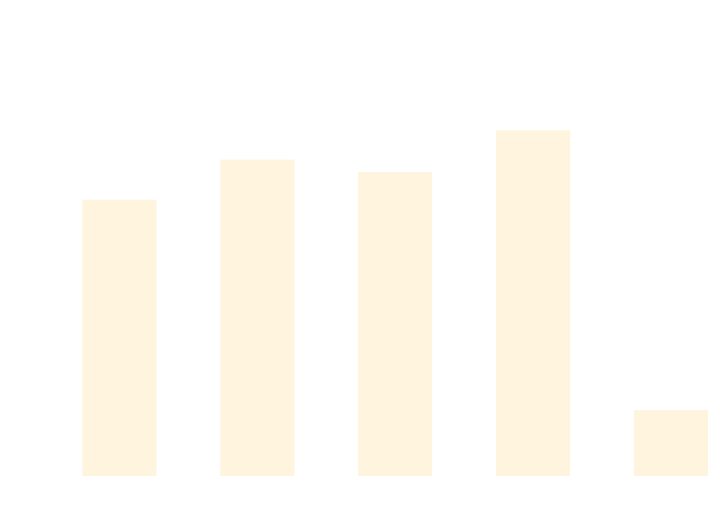
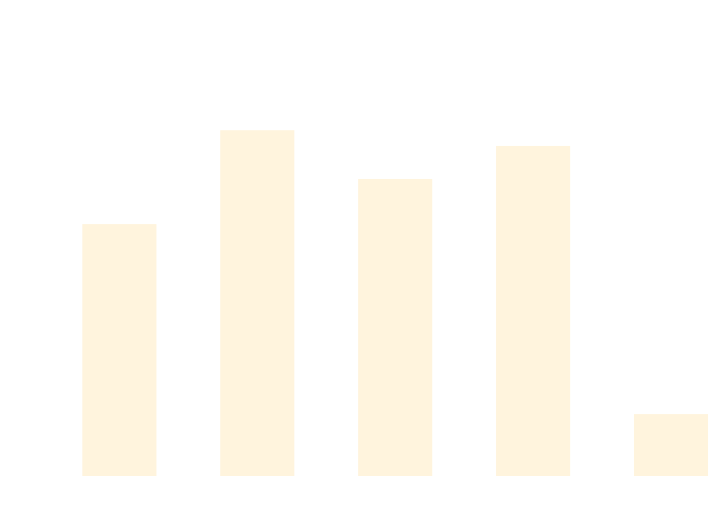
One commit to thomhurst/TUnit changed the diagram in docs/docs/benchmarks/AsyncTests.md. Above: the diagram before and after it, drawn with Mermaid. The commit also changed other lines of this file and 17 other files, not shown here.

````diff
--- a/docs/docs/benchmarks/AsyncTests.md
+++ b/docs/docs/benchmarks/AsyncTests.md
@@ -27,37 +27,37 @@
 ```mermaid
 %%{init: {
   'theme':'base',
   'themeVariables': {
     'primaryColor': '#2563eb',
     'primaryTextColor': '#ffffff',
     'primaryBorderColor': '#1e40af',
     'lineColor': '#6b7280',
     'secondaryColor': '#7c3aed',
     'tertiaryColor': '#dc2626',
     'background': '#ffffff',
     'mainBkg': '#2563eb',
     'secondBkg': '#7c3aed',
     'tertiaryBkg': '#dc2626',
     'clusterBkg': '#f3f4f6',
     'edgeLabelBackground': '#ffffff',
     'tertiaryTextColor': '#1f2937',
     'pie1': '#2563eb',
     'pie2': '#7c3aed',
     'pie3': '#dc2626',
     'pie4': '#f59e0b',
     'pie5': '#10b981',
     'pie6': '#06b6d4',
     'pie7': '#ec4899',
     'pie8': '#6366f1',
     'pie9': '#84cc16',
     'pie10': '#f97316',
     'pie11': '#14b8a6',
     'pie12': '#a855f7'
   }
 }}%%
 xychart-beta
   title "AsyncTests Performance Comparison"
   x-axis ["TUnit", "NUnit", "MSTest", "xUnit3", "TUnit_AOT"]
-  y-axis "Time (ms)" 0 --> 877
-  bar [579.9, 666.7, 639.7, 730.4, 124.3]
+  y-axis "Time (ms)" 0 --> 946
+  bar [568.5, 787.8, 674, 751.1, 124.7]
 ```
````
